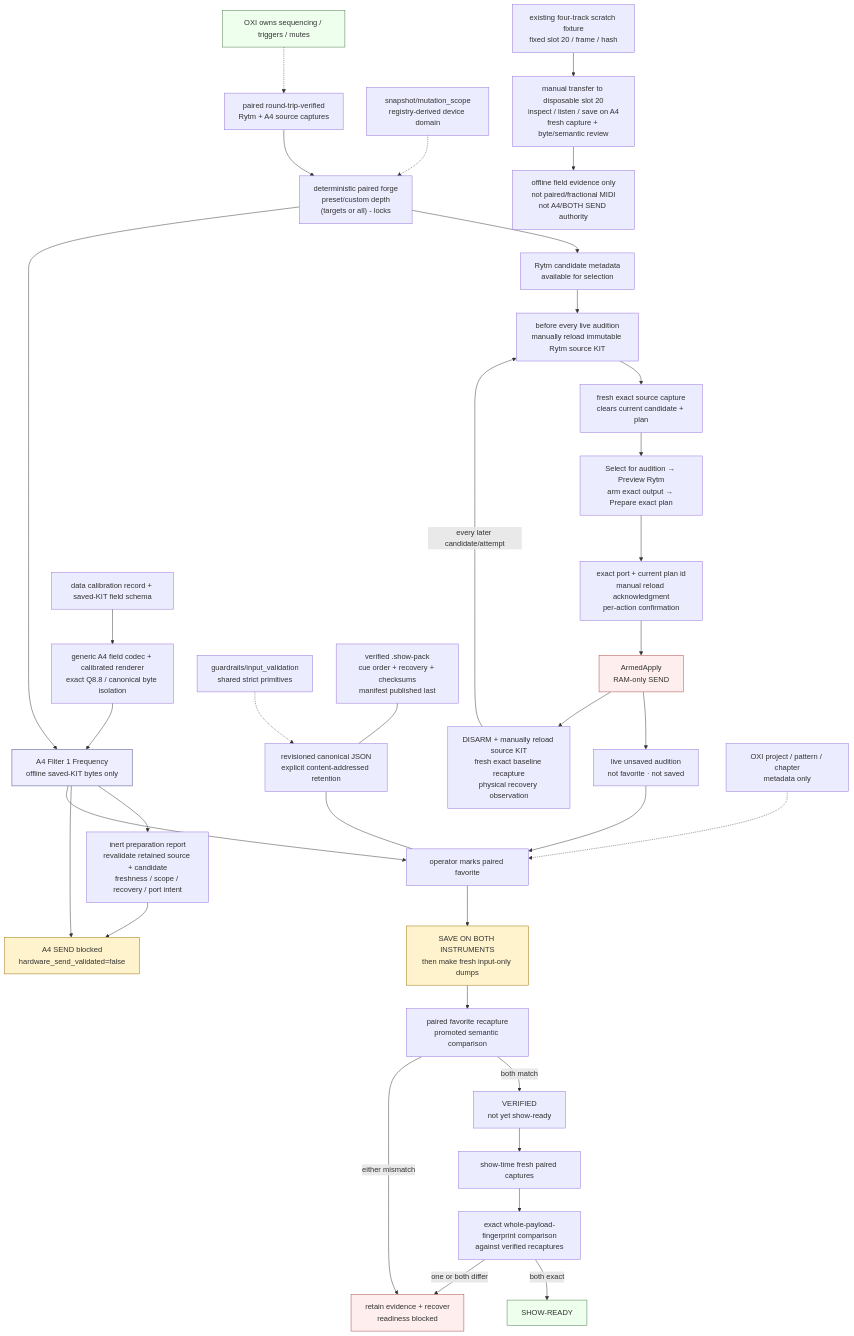
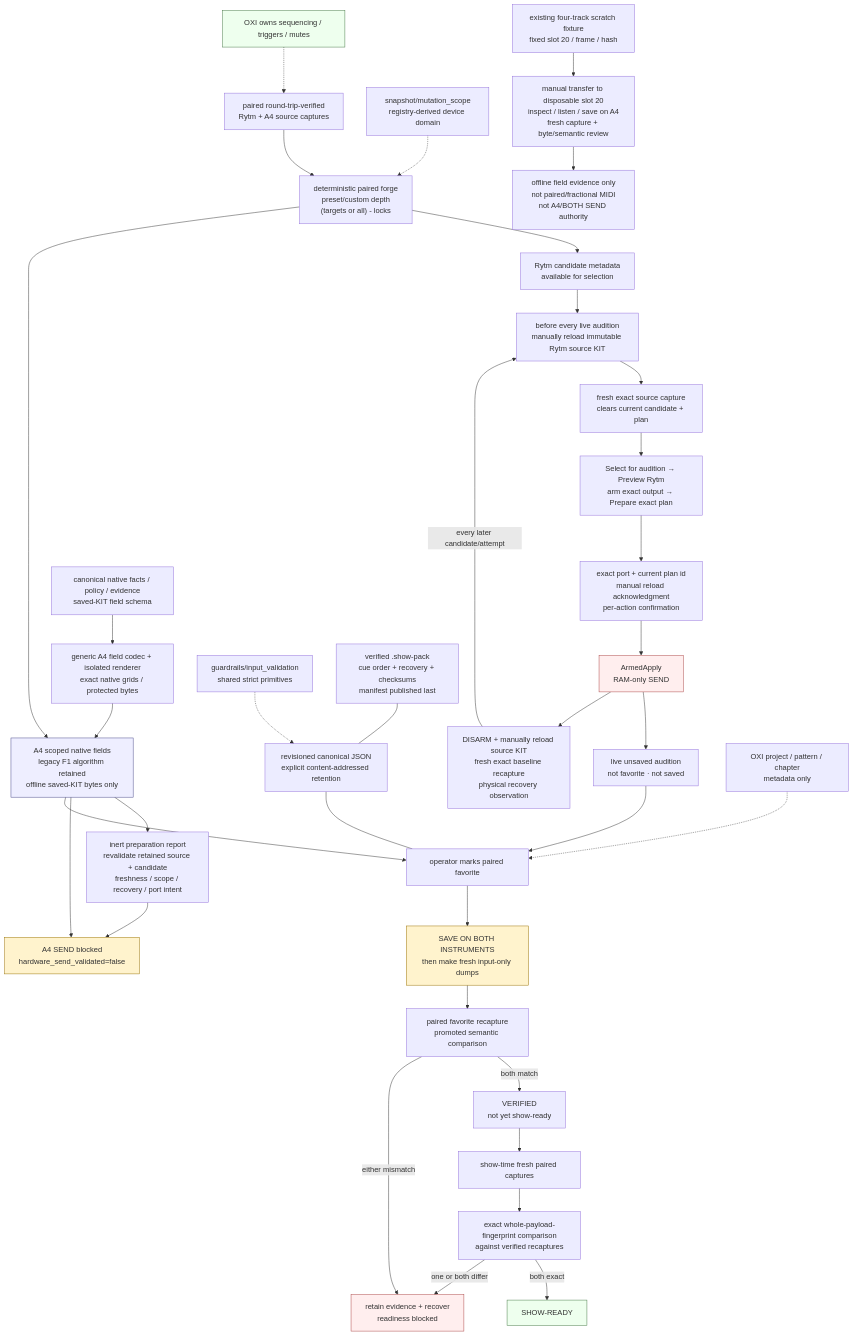
Diagram 36 of 38 in docs/ARCHITECTURE_DIAGRAMS.md (buzzijose-hub/RytmRandomizer), drawn with Mermaid before and after one commit. The commit also changed other lines of this file and 7 other files, not shown here.

````diff
--- a/docs/ARCHITECTURE_DIAGRAMS.md
+++ b/docs/ARCHITECTURE_DIAGRAMS.md
@@ -3253,50 +3257,50 @@
 ```mermaid
 flowchart TD
     Pair["paired round-trip-verified<br/>Rytm + A4 source captures"] --> Forge["deterministic paired forge<br/>preset/custom depth<br/>(targets or all) - locks"]
 
     Forge --> RytmCandidate["Rytm candidate metadata<br/>available for selection"]
     RytmCandidate --> SourceReload["before every live audition<br/>manually reload immutable Rytm source KIT"]
     SourceReload --> SourceCapture["fresh exact source capture<br/>clears current candidate + plan"]
     SourceCapture --> Reselect["Select for audition → Preview Rytm<br/>arm exact output → Prepare exact plan"]
     Reselect --> ExactConfirm["exact port + current plan id<br/>manual reload acknowledgment<br/>per-action confirmation"]
     ExactConfirm --> ArmedApply["ArmedApply<br/>RAM-only SEND"]
     ArmedApply --> LiveUnsaved["live unsaved audition<br/>not favorite · not saved"]
     ArmedApply --> ManualRestore["DISARM + manually reload source KIT<br/>fresh exact baseline recapture<br/>physical recovery observation"]
     ManualRestore -->|"every later candidate/attempt"| SourceReload
 
-    Forge --> A4Candidate["A4 Filter 1 Frequency<br/>offline saved-KIT bytes only"]
-    Calibration["data calibration record + saved-KIT field schema"] --> FieldCodec["generic A4 field codec + calibrated renderer<br/>exact Q8.8 / canonical byte isolation"]
+    Forge --> A4Candidate["A4 scoped native fields<br/>legacy F1 algorithm retained<br/>offline saved-KIT bytes only"]
+    Calibration["canonical native facts / policy / evidence<br/>saved-KIT field schema"] --> FieldCodec["generic A4 field codec + isolated renderer<br/>exact native grids / protected bytes"]
     FieldCodec --> A4Candidate
     Validation["guardrails/input_validation<br/>shared strict primitives"] -.-> Store
     Domains["snapshot/mutation_scope<br/>registry-derived device domain"] -.-> Forge
     A4Candidate --> A4Preparation["inert preparation report<br/>revalidate retained source + candidate<br/>freshness / scope / recovery / port intent"]
     A4Preparation --> NoA4Send
     A4Candidate --> NoA4Send["A4 SEND blocked<br/>hardware_send_validated=false"]
     ExistingScratch["existing four-track scratch fixture<br/>fixed slot 20 / frame / hash"] --> ScratchReturn["manual transfer to disposable slot 20<br/>inspect / listen / save on A4<br/>fresh capture + byte/semantic review"]
     ScratchReturn --> OfflineEvidence["offline field evidence only<br/>not paired/fractional MIDI<br/>not A4/BOTH SEND authority"]
 
     LiveUnsaved --> Favorite["operator marks paired favorite"]
     A4Candidate --> Favorite
     Favorite --> ManualSave["SAVE ON BOTH INSTRUMENTS<br/>then make fresh input-only dumps"]
     ManualSave --> SemanticVerify["paired favorite recapture<br/>promoted semantic comparison"]
     SemanticVerify -->|"both match"| Verified["VERIFIED<br/>not yet show-ready"]
     SemanticVerify -->|"either mismatch"| Recover["retain evidence + recover<br/>readiness blocked"]
 
     Verified --> FreshCapture["show-time fresh paired captures"]
     FreshCapture --> FullFingerprint["exact whole-payload-fingerprint comparison<br/>against verified recaptures"]
     FullFingerprint -->|"both exact"| ShowReady["SHOW-READY"]
     FullFingerprint -->|"one or both differ"| Recover
 
     Metadata["OXI project / pattern / chapter<br/>metadata only"] -.-> Favorite
     OXI["OXI owns sequencing / triggers / mutes"] -.-> Pair
     Store["revisioned canonical JSON<br/>explicit content-addressed retention"] --- Favorite
     Pack["verified .show-pack<br/>cue order + recovery + checksums<br/>manifest published last"] --- Store
 
     style ArmedApply fill:#fee,stroke:#a44
     style A4Candidate fill:#eef,stroke:#448
     style NoA4Send fill:#fff3cd,stroke:#997000
     style ManualSave fill:#fff3cd,stroke:#997000
     style ShowReady fill:#efe,stroke:#474
     style Recover fill:#fee,stroke:#a44
     style OXI fill:#efe,stroke:#474
 ```
````
